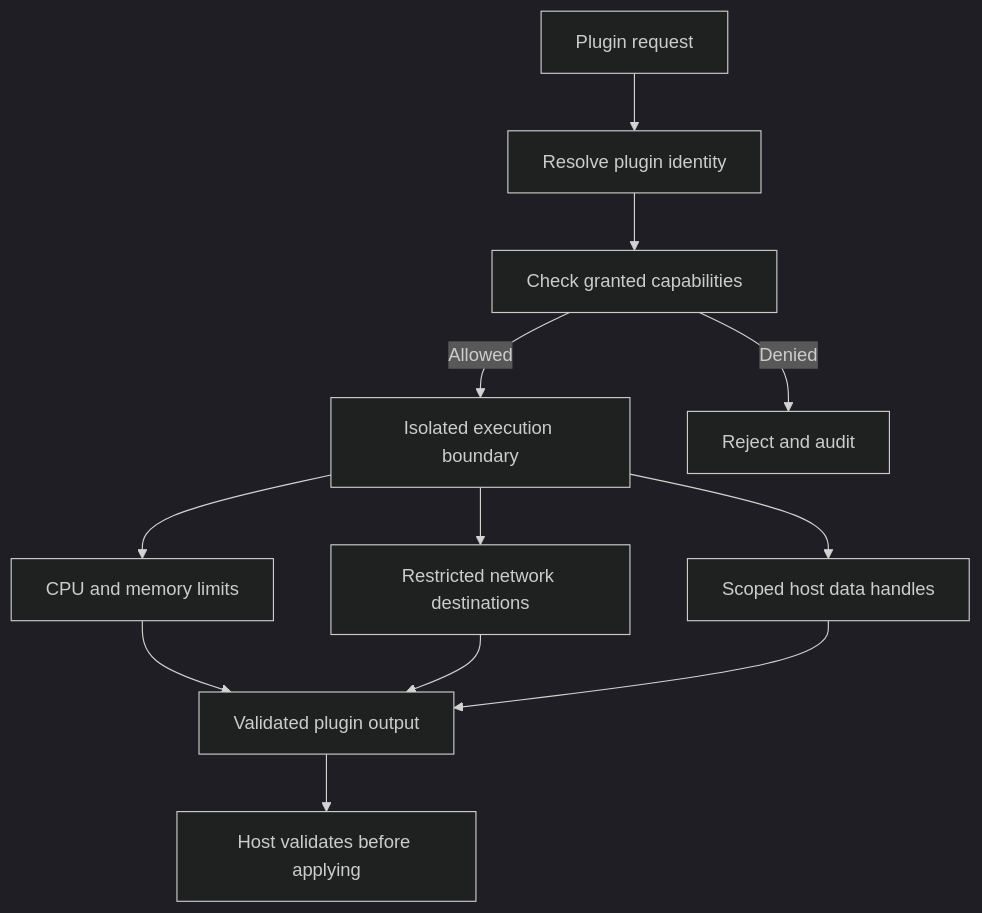
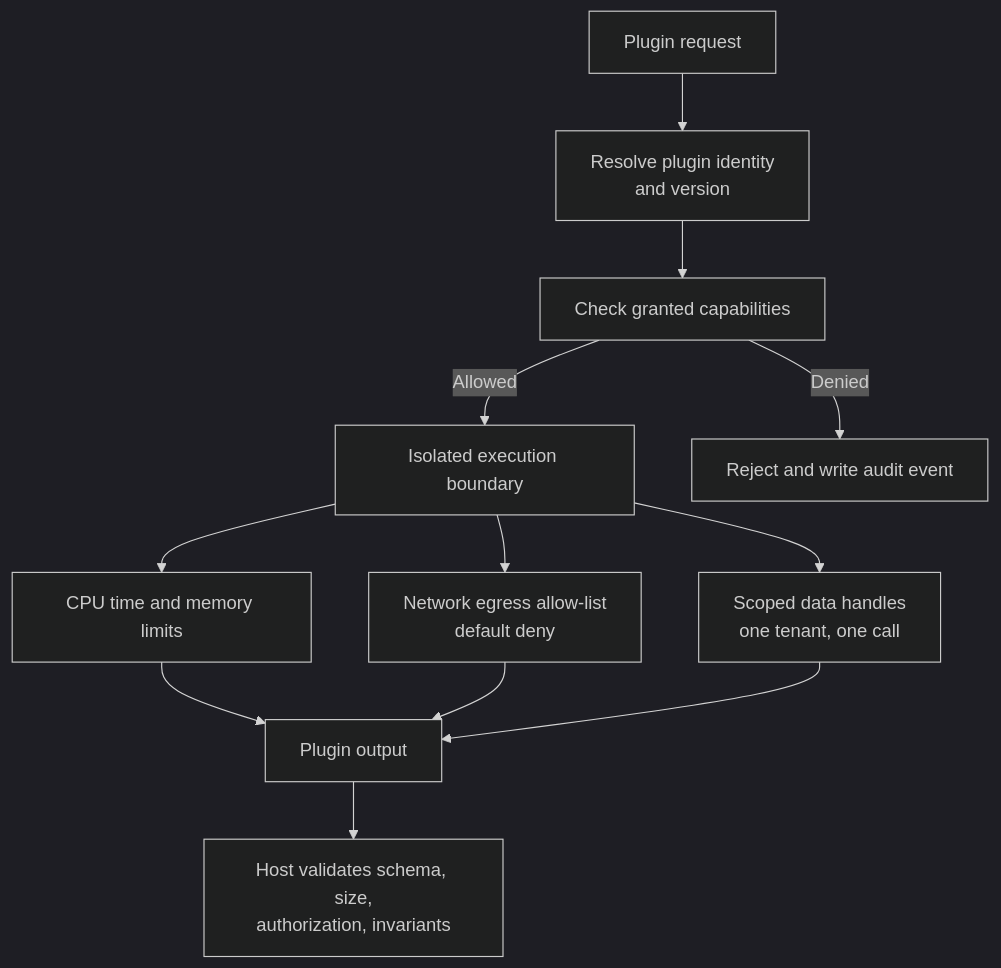
Before and after one commit to joydasss/Architect: the seventh of 11 diagrams in 20_Architecture_Patterns/CH14_Plugin_Architecture.md, drawn with Mermaid (dark theme). The commit also changed other lines of this file and 295 other files, not shown here.

````diff
--- a/20_Architecture_Patterns/CH14_Plugin_Architecture.md
+++ b/20_Architecture_Patterns/CH14_Plugin_Architecture.md
@@ -70,14 +621,14 @@
 ```mermaid
 flowchart TD
-    Plugin[Plugin request] --> Identity[Resolve plugin identity]
-    Identity --> Policy[Check granted capabilities]
-    Policy -->|Allowed| Sandbox[Isolated execution boundary]
-    Policy -->|Denied| Reject[Reject and audit]
-    Sandbox --> CPU[CPU and memory limits]
-    Sandbox --> Network[Restricted network destinations]
-    Sandbox --> Data[Scoped host data handles]
-    CPU --> Result[Validated plugin output]
+    Plugin["Plugin request"] --> Identity["Resolve plugin identity<br/>and version"]
+    Identity --> Policy["Check granted capabilities"]
+    Policy -->|"Allowed"| Sandbox["Isolated execution boundary"]
+    Policy -->|"Denied"| Reject["Reject and write audit event"]
+    Sandbox --> Limits["CPU time and memory limits"]
+    Sandbox --> Network["Network egress allow-list<br/>default deny"]
+    Sandbox --> Data["Scoped data handles<br/>one tenant, one call"]
+    Limits --> Result["Plugin output"]
     Network --> Result
     Data --> Result
-    Result --> Host[Host validates before applying]
+    Result --> Host["Host validates schema, size,<br/>authorization, invariants"]
 ```
````
